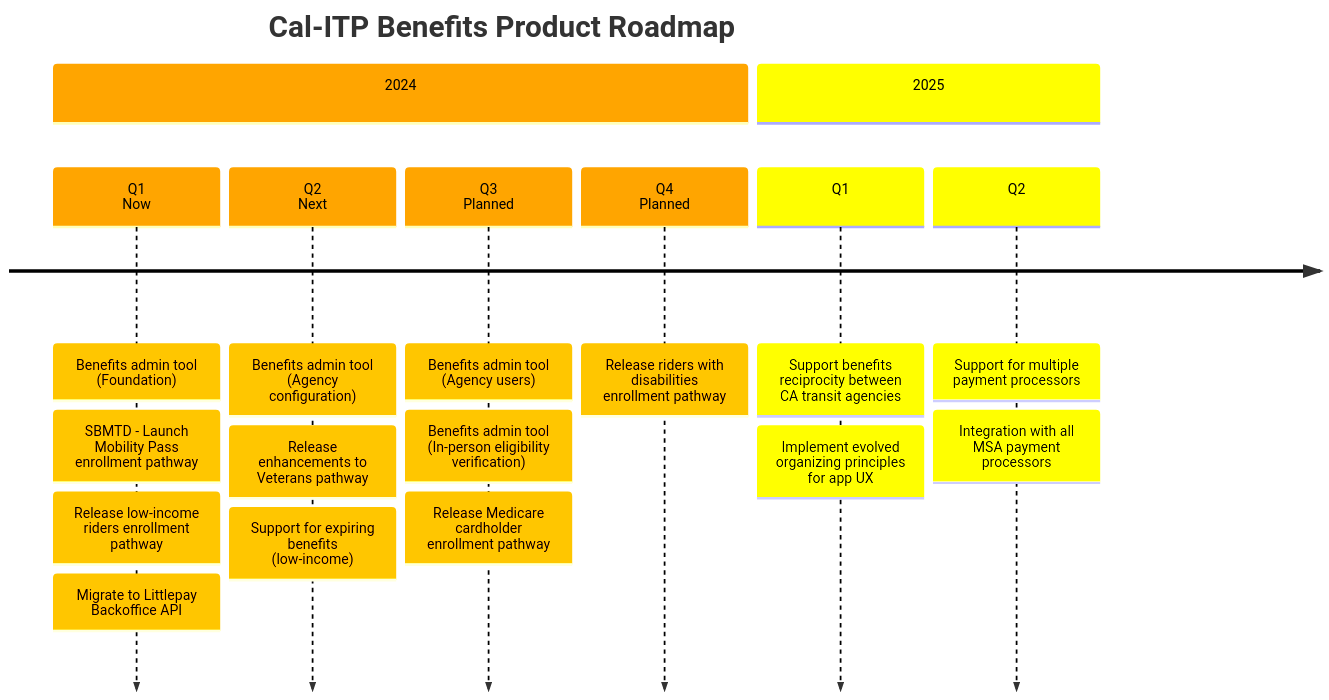
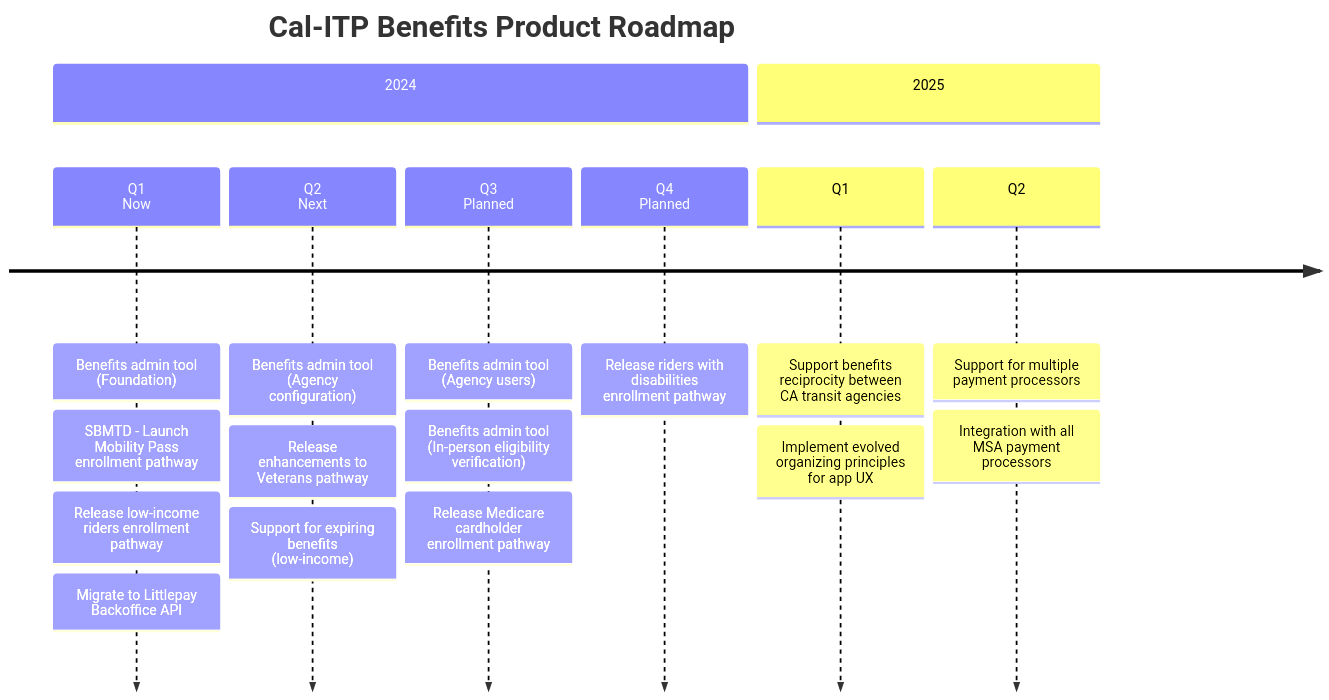
The diagram in docs/enrollment-pathways/README.md (cal-itp/benefits), drawn with Mermaid before and after one commit.

Commit message:
Update README.md removed directive from Mermaid chart
I used custom styling for the roadmap timeline diagram. mkdocs is not displaying it correctly when published. I've removed the code that constitutes the directive to see if it mkdocs renders the diagram as expected.

````diff
--- a/docs/enrollment-pathways/README.md
+++ b/docs/enrollment-pathways/README.md
@@ -19,55 +19,39 @@
 ```mermaid
-%%{
-    init: {
-        'logLevel': 'debug',
-        'theme': 'default' ,
-        'themeVariables': {
-            'cScale0': '#ffa500', 'cScaleLabel0': '#000000',
-            'cScale1': '#ffff00', 'cScaleLabel1': '#000000',
-            'cScale2': '#ffff00', 'cScaleLabel2': '#000000',
-            'cScale3': '#008000', 'cScaleLabel3': '#ffffff',
-            'cScale4': '#0000ff', 'cScaleLabel4': '#ffffff',
-            'cScale5': '#4b0082', 'cScaleLabel5': '#ffffff',
-            'cScale6': '#000000', 'cScaleLabel6': '#ffffff'
-        }
-    }
-}%%
-
 timeline
 ---
 title Cal-ITP Benefits Product Roadmap
 ----
 %% Cal-ITP Benefits Epics (2024)
           section 2024
 
           Q1<br>Now
           : Benefits admin tool (Foundation)
         %%: SacRT - Launch Older Adults enrollment pathway
           : SBMTD - Launch Mobility Pass enrollment pathway
           : Release low-income riders enrollment pathway
           : Migrate to Littlepay Backoffice API
 
           Q2<br>Next
           : Benefits admin tool (Agency configuration)
           : Release enhancements to Veterans pathway
           : Support for expiring benefits (low-income)
 
           Q3<br>Planned
           : Benefits admin tool (Agency users)
           : Benefits admin tool (In-person eligibility verification)
           : Release Medicare cardholder enrollment pathway
 
           Q4<br>Planned
           : Release riders with disabilities enrollment pathway
 
 %% Cal-ITP Benefits Epics (2025)
           section 2025
 
           Q1
           : Support benefits reciprocity between CA transit agencies
           : Implement evolved organizing principles for app UX
 
           Q2
           : Support for multiple payment processors
           : Integration with all MSA payment processors
 ```
````
